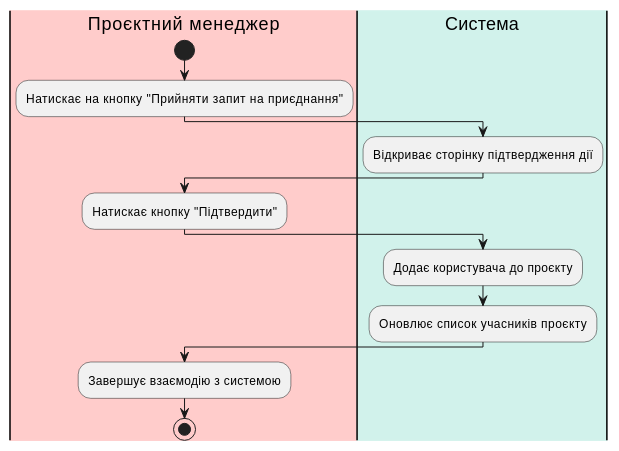
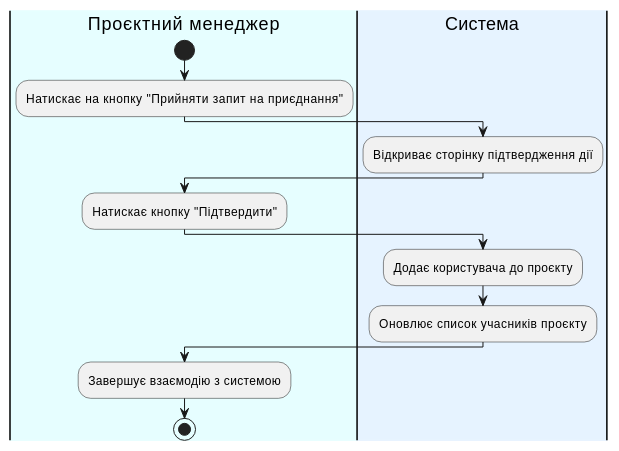
One commit to wiiiolettaaaaa/coursework_database changed diagram 21 of 27 in docs/use cases/README.md. Above: the diagram before and after it, drawn with PlantUML. The commit also changed other lines of this file, not shown here.

```diff
--- a/docs/use cases/README.md
+++ b/docs/use cases/README.md
@@ -980,25 +980,25 @@
 @startuml
 
-|#ffcccb|Проєктний менеджер|
+|#e6feff|Проєктний менеджер|
 start;
 
 :Натискає на кнопку "Прийняти запит на приєднання";
 
-|#d1f2eb|Система|
+|#e6f3ff|Система|
 :Відкриває сторінку підтвердження дії;
 
 |Проєктний менеджер|
 :Натискає кнопку "Підтвердити";
 
 |Система|
 
 :Додає користувача до проєкту;
 
 :Оновлює список учасників проєкту;
 
 |Проєктний менеджер|
 :Завершує взаємодію з системою;
 
 stop;
 
 @enduml
```
